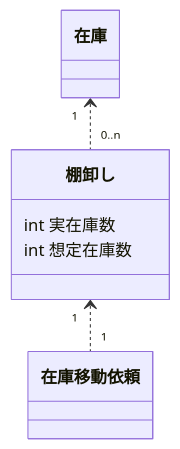
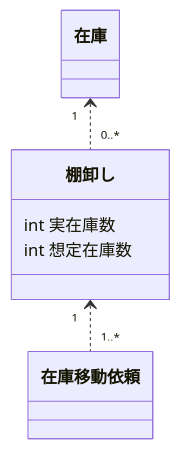
Before and after one commit to motojouya/zenn: the sixth of 9 diagrams in articles/write_uml_for_ddd.md, drawn with Mermaid. The commit also changed other lines of this file, not shown here.

````diff
--- a/articles/write_uml_for_ddd.md
+++ b/articles/write_uml_for_ddd.md
@@ -312,9 +320,9 @@
 ```mermaid
 classDiagram
   class 棚卸し {
     int 実在庫数
     int 想定在庫数
   }
-  在庫 "1" <.. "0..n" 棚卸し
-  棚卸し "1" <.. "1" 在庫移動依頼
+  在庫 "1" <.. "0..*" 棚卸し
+  棚卸し "1" <.. "1..*" 在庫移動依頼
 ```
````
